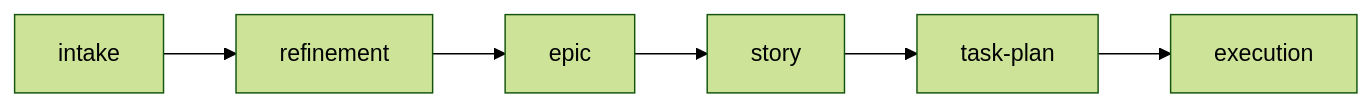
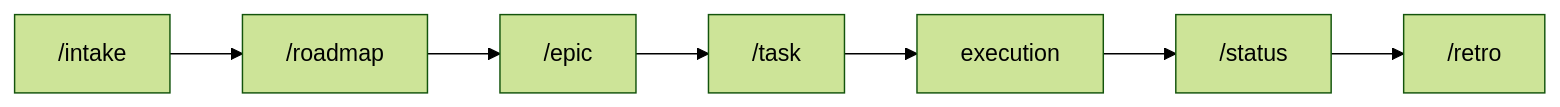
The diagram in skills/agile-epic/SKILL.md (djalmajr/essential-skills), drawn with Mermaid (forest theme) before and after one commit. The commit also changed other lines of this file and 60 other files, not shown here.

````diff
--- a/skills/agile-epic/SKILL.md
+++ b/skills/agile-epic/SKILL.md
@@ -138,8 +174,9 @@
 ```mermaid
 flowchart LR
-    A[intake] --> B[refinement]
-    B --> C[epic]
-    C --> D[story]
-    D --> E["task-plan"]
-    E --> F[execution]
+    A["/intake"] --> B["/roadmap"]
+    B --> C["/epic"]
+    C --> D["/task"]
+    D --> E[execution]
+    E --> F["/status"]
+    F --> G["/retro"]
 ```
````
